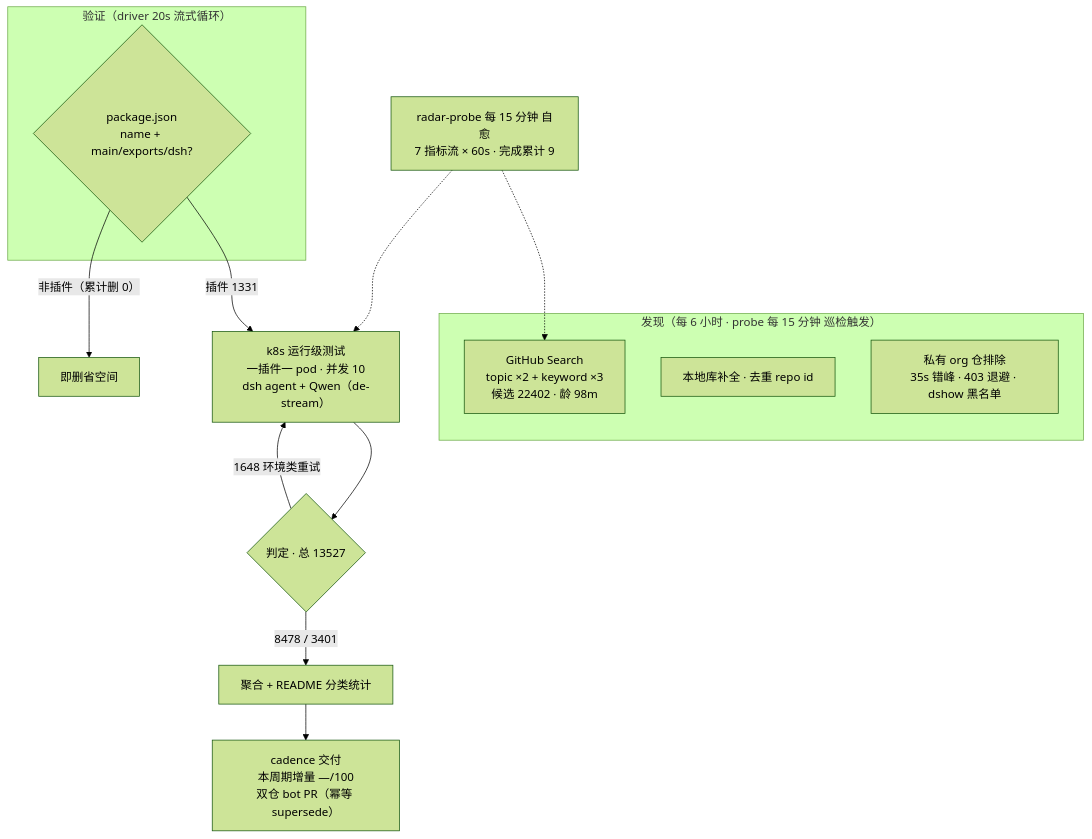
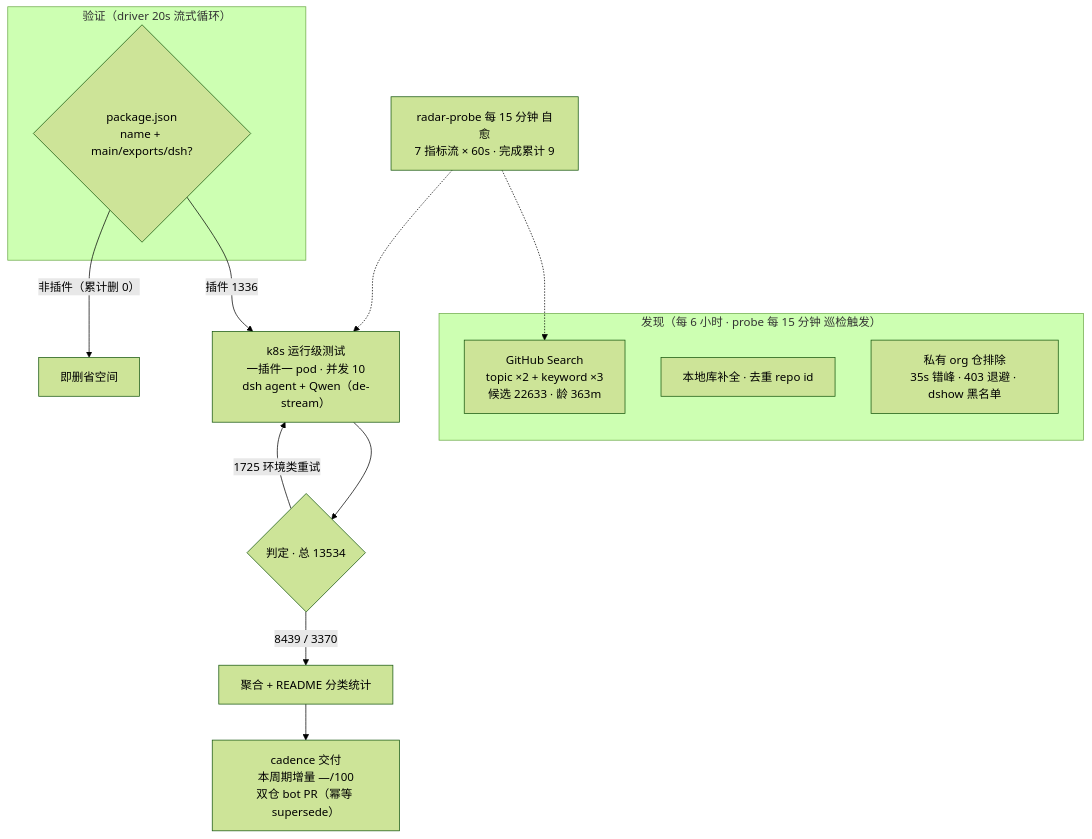
Before and after one commit to 1420079678-ctrl/dsh-plugin-radar: the diagram in README.md, drawn with Mermaid (forest theme). The commit also changed other lines of this file and 16 other files, not shown here.

````diff
--- a/README.md
+++ b/README.md
@@ -66,20 +68,20 @@
 ```mermaid
 flowchart TB
     subgraph Discovery["发现（每 6 小时 · probe 每 15 分钟 巡检触发）"]
-        A1["GitHub Search<br/>topic ×2 + keyword ×3<br/>候选 22402 · 龄 98m"]
+        A1["GitHub Search<br/>topic ×2 + keyword ×3<br/>候选 22633 · 龄 363m"]
         A2["本地库补全 · 去重 repo id"]
         A3["私有 org 仓排除<br/>35s 错峰 · 403 退避 · dshow 黑名单"]
     end
     subgraph Validation["验证（driver 20s 流式循环）"]
         B1{"package.json<br/>name + main/exports/dsh?"}
     end
-    B1 -->|"插件 1331"| C1["k8s 运行级测试<br/>一插件一 pod · 并发 10<br/>dsh agent + Qwen（de-stream）"]
+    B1 -->|"插件 1336"| C1["k8s 运行级测试<br/>一插件一 pod · 并发 10<br/>dsh agent + Qwen（de-stream）"]
     B1 -->|"非插件（累计删 0）"| B3["即删省空间"]
-    C1 --> D1{"判定 · 总 13527"}
-    D1 -->|"8478 / 3401"| E1["聚合 + README 分类统计"]
-    D1 -->|"1648 环境类重试"| C1
+    C1 --> D1{"判定 · 总 13534"}
+    D1 -->|"8439 / 3370"| E1["聚合 + README 分类统计"]
+    D1 -->|"1725 环境类重试"| C1
     E1 --> E2["cadence 交付<br/>本周期增量 —/100<br/>双仓 bot PR（幂等 supersede）"]
     M["radar-probe 每 15 分钟 自愈<br/>7 指标流 × 60s · 完成累计 9"]
     M -.-> A1
     M -.-> C1
 ```
````
